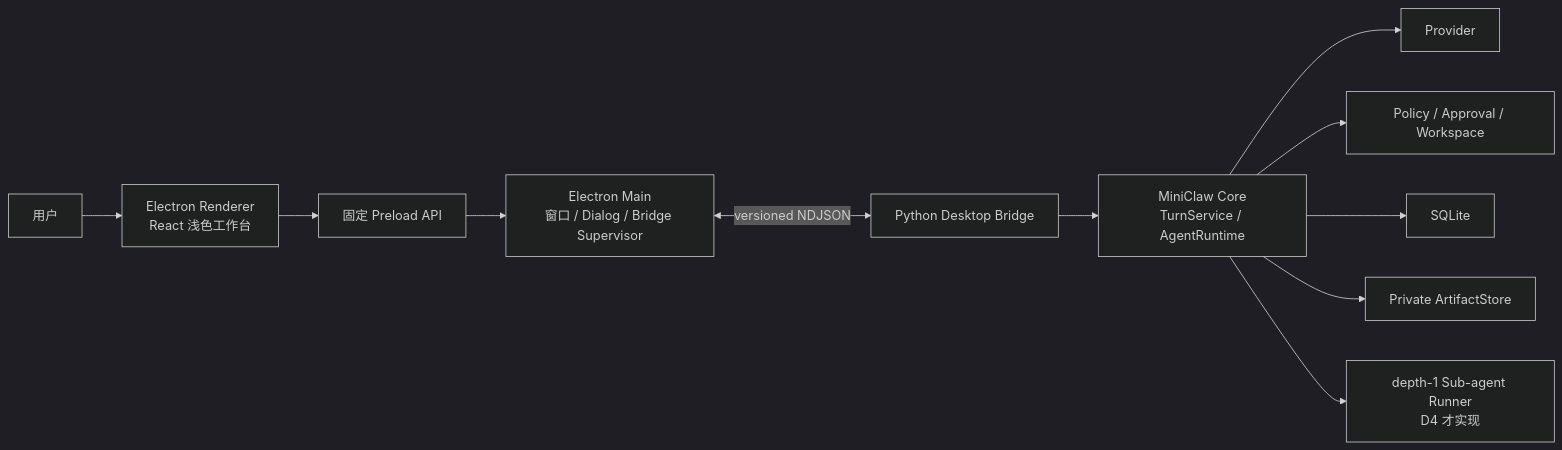
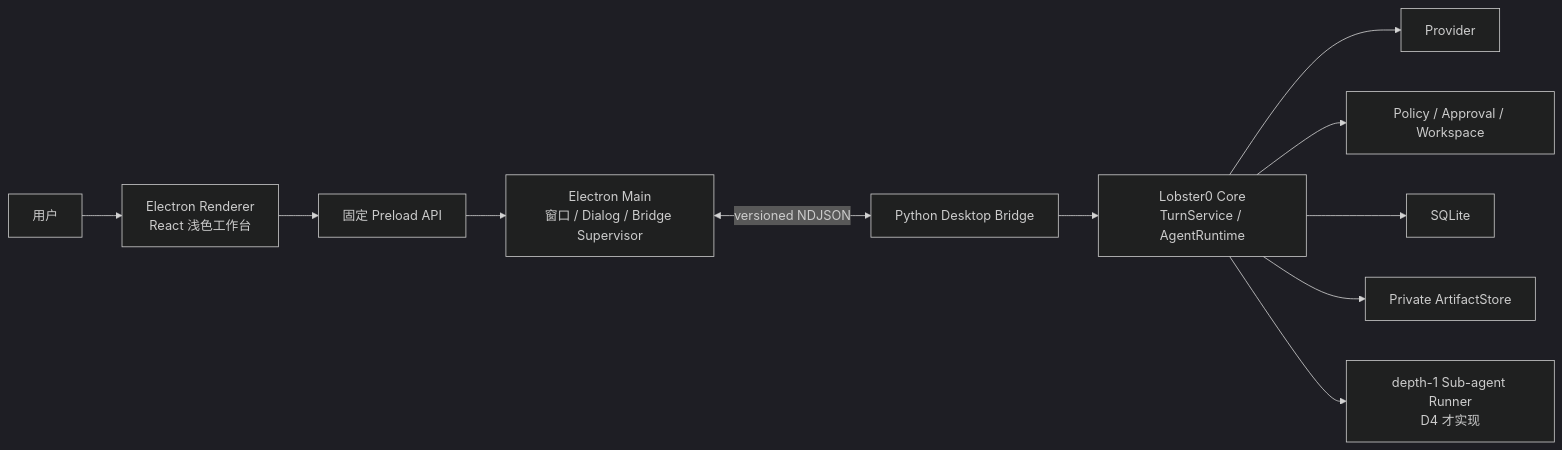
The first of 4 diagrams in docs/architecture/20260810_LobsterAI-first桌面多Agent设计.md (NEDONION/lobster0), drawn with Mermaid (dark theme) before and after one commit. The commit also changed other lines of this file and 221 other files, not shown here.

````diff
--- a/docs/architecture/20260810_LobsterAI-first桌面多Agent设计.md
+++ b/docs/architecture/20260810_LobsterAI-first桌面多Agent设计.md
@@ -47,13 +47,13 @@
 ```mermaid
 flowchart LR
     USER["用户"] --> RENDERER["Electron Renderer\nReact 浅色工作台"]
     RENDERER --> PRELOAD["固定 Preload API"]
     PRELOAD --> MAIN["Electron Main\n窗口 / Dialog / Bridge Supervisor"]
     MAIN <-->|"versioned NDJSON"| BRIDGE["Python Desktop Bridge"]
-    BRIDGE --> CORE["MiniClaw Core\nTurnService / AgentRuntime"]
+    BRIDGE --> CORE["Lobster0 Core\nTurnService / AgentRuntime"]
     CORE --> PROVIDER["Provider"]
     CORE --> POLICY["Policy / Approval / Workspace"]
     CORE --> STORAGE["SQLite"]
     CORE --> ARTIFACT["Private ArtifactStore"]
     CORE --> SUBAGENT["depth-1 Sub-agent Runner\nD4 才实现"]
 ```
````
